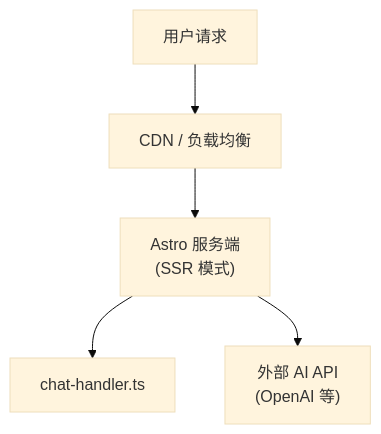
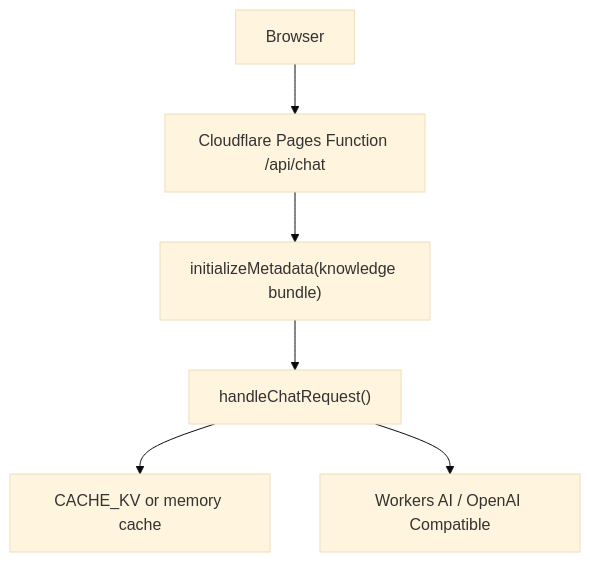
One commit to souloss/astro-minblog changed diagram 11 of 11 in apps/blog/src/data/blog/zh/ai-module-architecture.md. Above: the diagram before and after it, drawn with Mermaid (base theme). The commit also changed other lines of this file, not shown here.

First line of the commit message:
docs(blog): rewrite Chinese AI architecture deep dive

````diff
--- a/apps/blog/src/data/blog/zh/ai-module-architecture.md
+++ b/apps/blog/src/data/blog/zh/ai-module-architecture.md
@@ -1806,7 +867,8 @@
 ```mermaid
 flowchart TB
-    A["用户请求"] --> B["CDN / 负载均衡"]
-    B --> C["Astro 服务端<br/>(SSR 模式)"]
-    C --> D["chat-handler.ts"]
-    C --> E["外部 AI API<br/>(OpenAI 等)"]
+    A["Browser"] --> B["Cloudflare Pages Function /api/chat"]
+    B --> C["initializeMetadata(knowledge bundle)"]
+    C --> D["handleChatRequest()"]
+    D --> E["CACHE_KV or memory cache"]
+    D --> F["Workers AI / OpenAI Compatible"]
 ```
````
